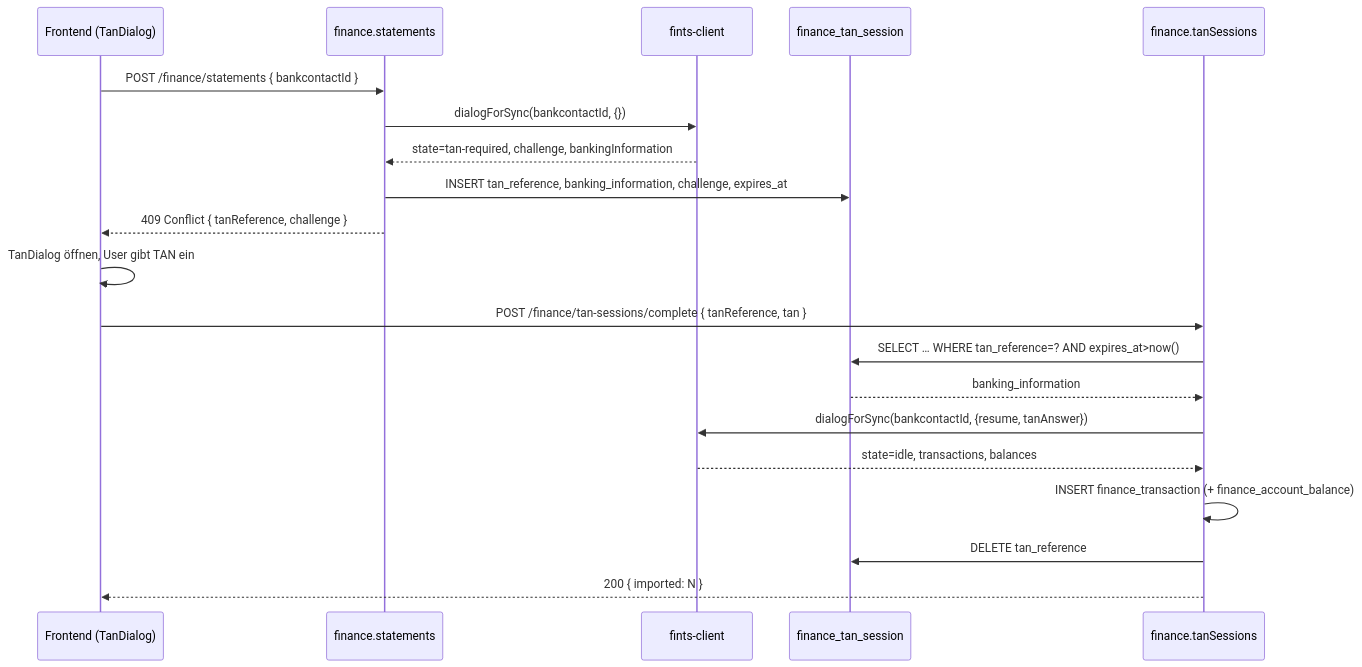
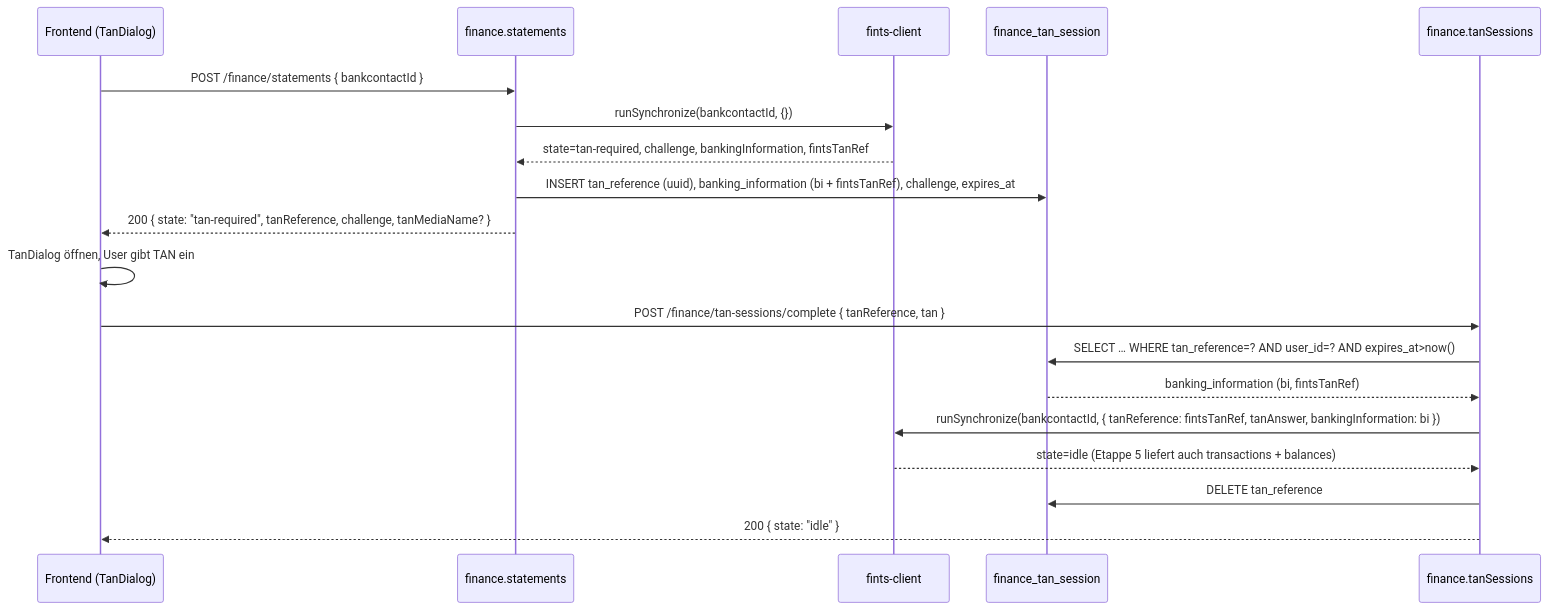
Before and after one commit to as19git67/fk-encore: the first of 2 diagrams in docs/finance-fints-integration.md, drawn with Mermaid. The commit also changed other lines of this file and 95 other files, not shown here.

````diff
--- a/docs/finance-fints-integration.md
+++ b/docs/finance-fints-integration.md
@@ -156,23 +184,22 @@
 ```mermaid
 sequenceDiagram
   participant UI as Frontend (TanDialog)
   participant API as finance.statements
   participant FC as fints-client
   participant DB as finance_tan_session
   participant TAN as finance.tanSessions
 
   UI->>API: POST /finance/statements { bankcontactId }
-  API->>FC: dialogForSync(bankcontactId, {})
-  FC-->>API: state=tan-required, challenge, bankingInformation
-  API->>DB: INSERT tan_reference, banking_information, challenge, expires_at
-  API-->>UI: 409 Conflict { tanReference, challenge }
+  API->>FC: runSynchronize(bankcontactId, {})
+  FC-->>API: state=tan-required, challenge, bankingInformation, fintsTanRef
+  API->>DB: INSERT tan_reference (uuid), banking_information (bi + fintsTanRef), challenge, expires_at
+  API-->>UI: 200 { state: "tan-required", tanReference, challenge, tanMediaName? }
   UI->>UI: TanDialog öffnen, User gibt TAN ein
   UI->>TAN: POST /finance/tan-sessions/complete { tanReference, tan }
-  TAN->>DB: SELECT … WHERE tan_reference=? AND expires_at>now()
-  DB-->>TAN: banking_information
-  TAN->>FC: dialogForSync(bankcontactId, {resume, tanAnswer})
-  FC-->>TAN: state=idle, transactions, balances
-  TAN->>TAN: INSERT finance_transaction (+ finance_account_balance)
+  TAN->>DB: SELECT … WHERE tan_reference=? AND user_id=? AND expires_at>now()
+  DB-->>TAN: banking_information (bi, fintsTanRef)
+  TAN->>FC: runSynchronize(bankcontactId, { tanReference: fintsTanRef, tanAnswer, bankingInformation: bi })
+  FC-->>TAN: state=idle  (Etappe 5 liefert auch transactions + balances)
   TAN->>DB: DELETE tan_reference
-  TAN-->>UI: 200 { imported: N }
+  TAN-->>UI: 200 { state: "idle" }
 ```
````
